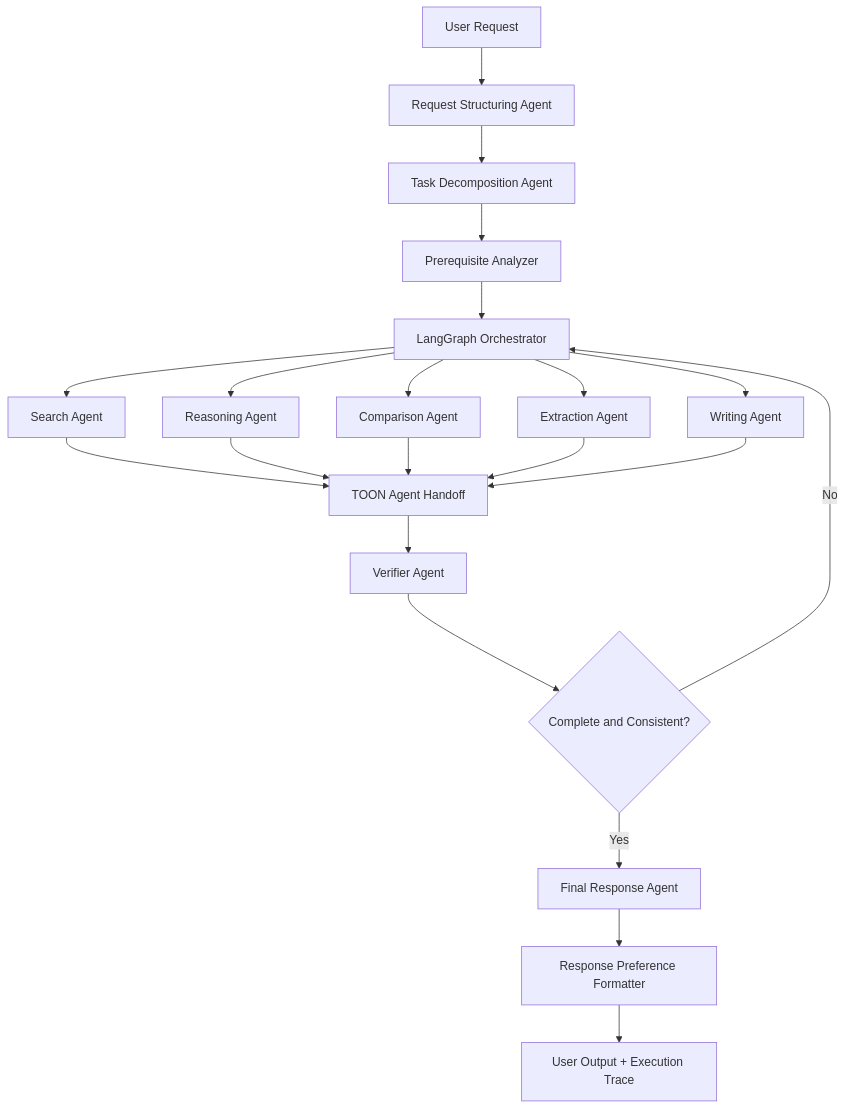
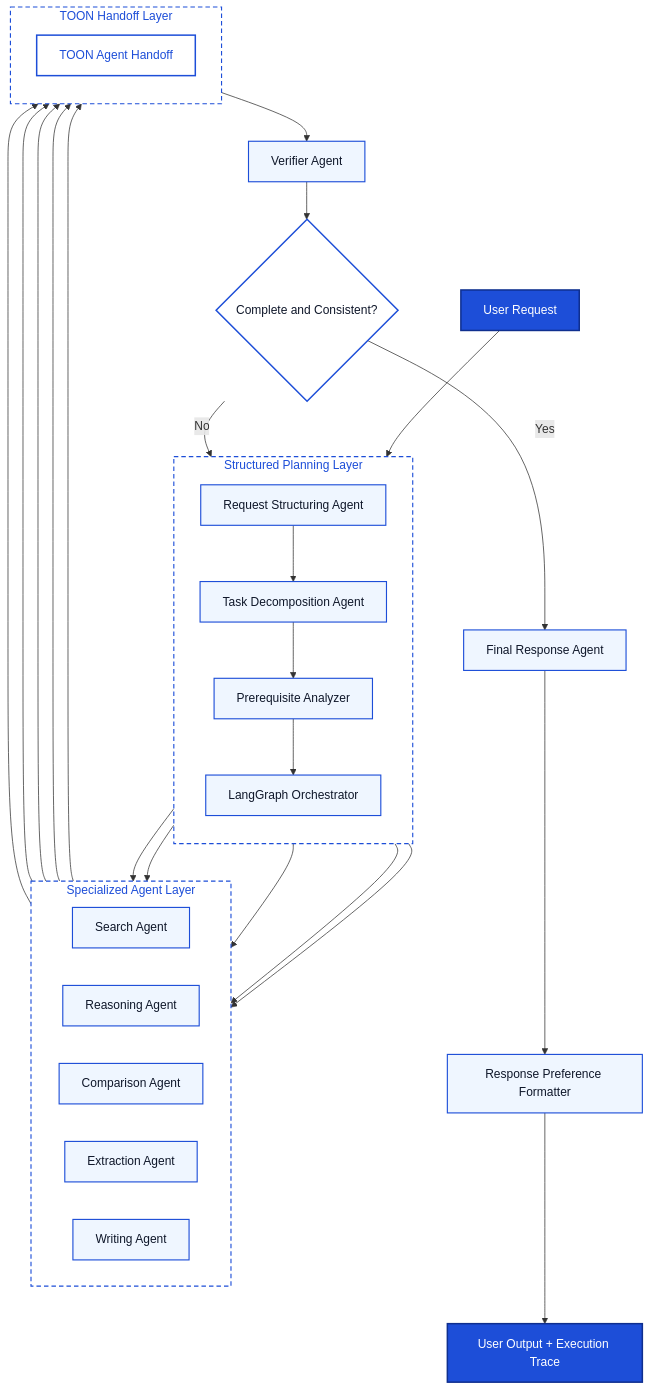
Before and after one commit to Hassaan146/agentic-ai-workflow: the first of 9 diagrams in docs/diagrams.md, drawn with Mermaid. The commit also changed other lines of this file, not shown here.

Commit message:
Polish workflow diagram styling

````diff
--- a/docs/diagrams.md
+++ b/docs/diagrams.md
@@ -7,23 +7,43 @@
 ```mermaid
 flowchart TD
     A["User Request"] --> B["Request Structuring Agent"]
-    B --> C["Task Decomposition Agent"]
-    C --> D["Prerequisite Analyzer"]
-    D --> E["LangGraph Orchestrator"]
-    E --> F["Search Agent"]
-    E --> G["Reasoning Agent"]
-    E --> H["Comparison Agent"]
-    E --> I["Extraction Agent"]
-    E --> J["Writing Agent"]
-    F --> K["TOON Agent Handoff"]
-    G --> K
-    H --> K
-    I --> K
-    J --> K
+    subgraph S1["Structured Planning Layer"]
+        direction TD
+        B --> C["Task Decomposition Agent"]
+        C --> D["Prerequisite Analyzer"]
+        D --> E["LangGraph Orchestrator"]
+    end
+    subgraph S2["Specialized Agent Layer"]
+        direction LR
+        E --> F["Search Agent"]
+        E --> G["Reasoning Agent"]
+        E --> H["Comparison Agent"]
+        E --> I["Extraction Agent"]
+        E --> J["Writing Agent"]
+    end
+    subgraph S3["TOON Handoff Layer"]
+        direction TD
+        F --> K["TOON Agent Handoff"]
+        G --> K
+        H --> K
+        I --> K
+        J --> K
+    end
     K --> L["Verifier Agent"]
     L --> M{"Complete and Consistent?"}
     M -->|No| E
     M -->|Yes| N["Final Response Agent"]
     N --> P["Response Preference Formatter"]
     P --> O["User Output + Execution Trace"]
+
+    classDef primary fill:#1d4ed8,stroke:#0f2f8f,color:#ffffff,stroke-width:2px;
+    classDef soft fill:#eff6ff,stroke:#1d4ed8,color:#0f172a,stroke-width:1.5px;
+    classDef toon fill:#ffffff,stroke:#1d4ed8,color:#1d4ed8,stroke-width:2px;
+    classDef decision fill:#ffffff,stroke:#1d4ed8,color:#0f172a,stroke-width:2px;
+    classDef group fill:#ffffff,stroke:#1d4ed8,color:#1d4ed8,stroke-width:1.5px,stroke-dasharray: 6 4;
+    class A,O primary;
+    class B,C,D,E,F,G,H,I,J,L,N,P soft;
+    class K toon;
+    class M decision;
+    class S1,S2,S3 group;
 ```
````
